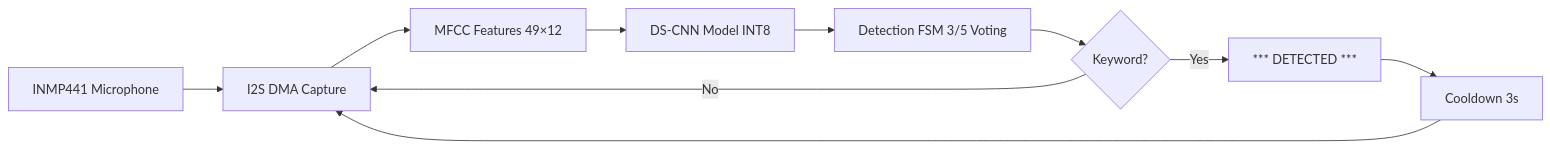
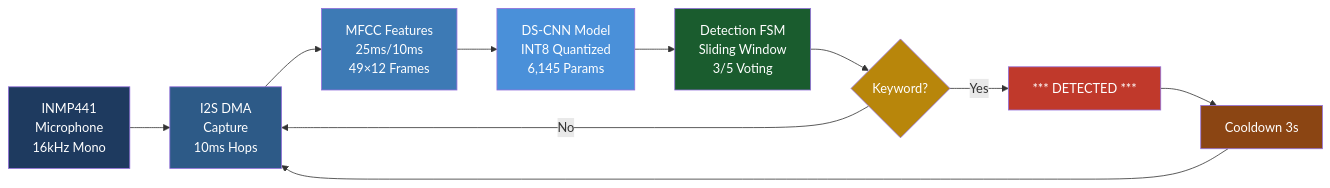
The diagram in README.md (JiyaMehta-6/Esp32-KWS-marvin), drawn with Mermaid before and after one commit. The commit also changed other lines of this file, not shown here.

````diff
--- a/README.md
+++ b/README.md
@@ -60,12 +59,21 @@
 ```mermaid
 flowchart LR
-    A[INMP441 Microphone] --> B[I2S DMA Capture]
-    B --> C[MFCC Features 49×12]
-    C --> D[DS-CNN Model INT8]
-    D --> E[Detection FSM 3/5 Voting]
+    A[INMP441<br/>Microphone<br/>16kHz Mono] --> B[I2S DMA<br/>Capture<br/>10ms Hops]
+    B --> C[MFCC Features<br/>25ms/10ms<br/>49×12 Frames]
+    C --> D[DS-CNN Model<br/>INT8 Quantized<br/>6,145 Params]
+    D --> E[Detection FSM<br/>Sliding Window<br/>3/5 Voting]
     E --> F{Keyword?}
     F -->|Yes| G[*** DETECTED ***]
     F -->|No| B
     G --> H[Cooldown 3s]
     H --> B
+
+    style A fill:#1e3a5f,color:#fff
+    style B fill:#2d5a87,color:#fff
+    style C fill:#3d7ab5,color:#fff
+    style D fill:#4a90d9,color:#fff
+    style E fill:#1a5c2e,color:#fff
+    style F fill:#b8860b,color:#fff
+    style G fill:#c0392b,color:#fff
+    style H fill:#8b4513,color:#fff
 ```
````
